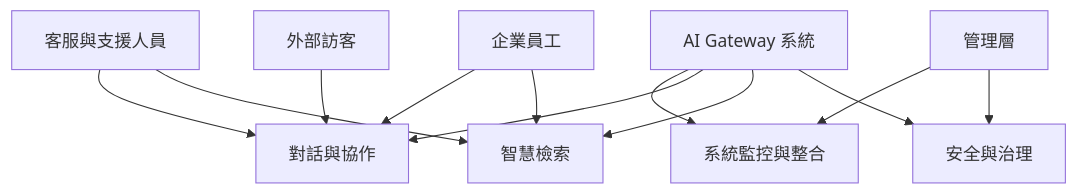
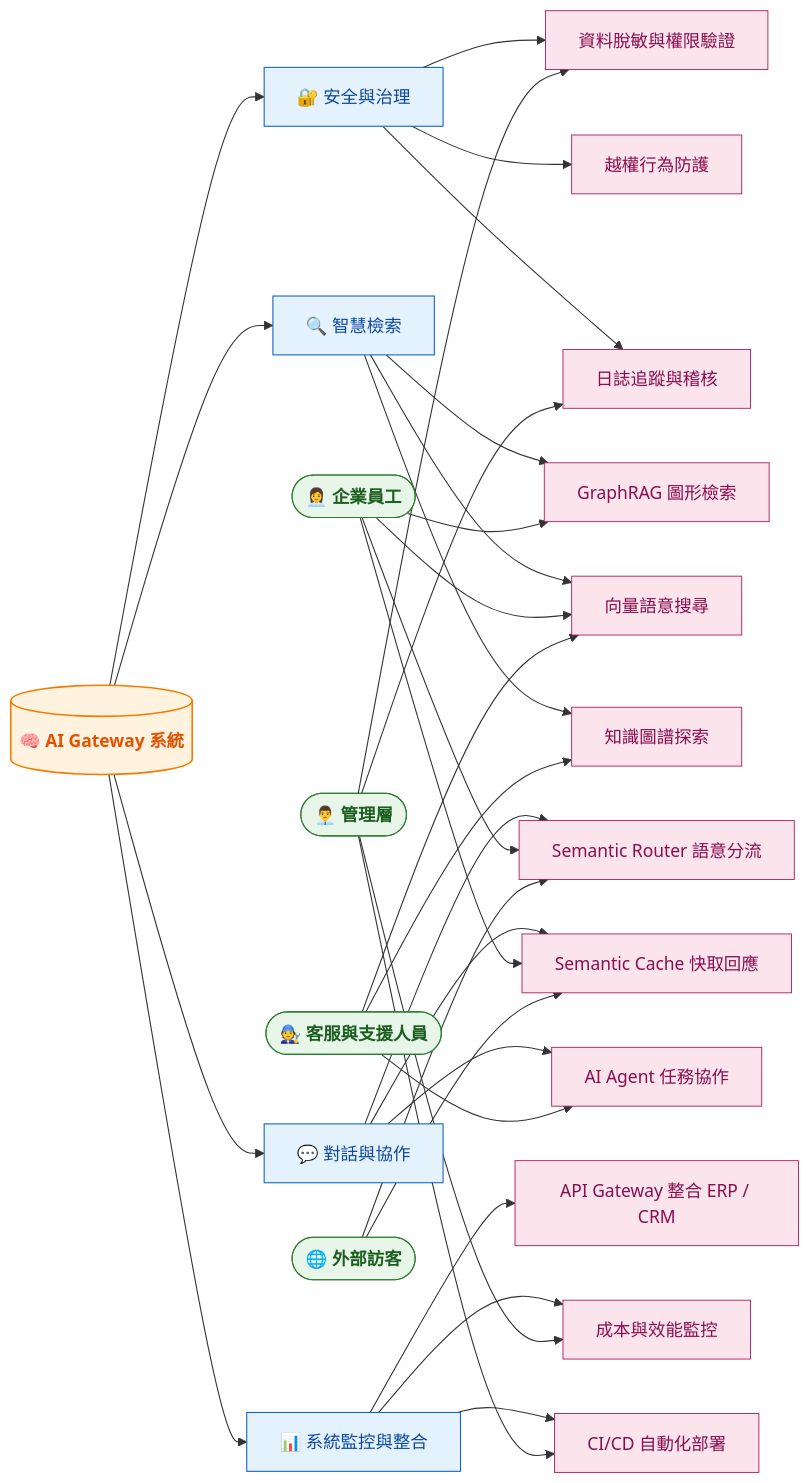
One commit to Reiyu01/TeamGroup changed the second of 2 diagrams in hw3.md. Above: the diagram before and after it, drawn with Mermaid.

````diff
--- a/hw3.md
+++ b/hw3.md
@@ -109,31 +109,72 @@
 ```mermaid
-graph TD
-    %% 使用者角色
-    U1[企業員工]
-    U2[客服與支援人員]
-    U3[管理層]
-    U4[外部訪客]
+graph LR
+    %% === 使用者角色 ===
+    U1([👩‍💼 企業員工])
+    U2([🧑‍🔧 客服與支援人員])
+    U3([👨‍💼 管理層])
+    U4([🌐 外部訪客])
 
-    %% 系統主體
-    S[AI Gateway 系統]
+    %% === 系統主體 ===
+    S[(🧠 AI Gateway 系統)]
 
-    %% 核心功能
-    S --> F1[安全與治理]
-    S --> F2[智慧檢索]
-    S --> F3[對話與協作]
-    S --> F4[系統監控與整合]
+    %% === 功能模組 ===
+    S --> F1[🔐 安全與治理]
+    S --> F2[🔍 智慧檢索]
+    S --> F3[💬 對話與協作]
+    S --> F4[📊 系統監控與整合]
 
-    %% 關聯線條
-    U1 --> F2
-    U1 --> F3
+    %% === 子用例 ===
+    %% 安全與治理
+    F1 --> A1[資料脫敏與權限驗證]
+    F1 --> A2[越權行為防護]
+    F1 --> A3[日誌追蹤與稽核]
 
-    U2 --> F2
-    U2 --> F3
+    %% 智慧檢索
+    F2 --> B1[GraphRAG 圖形檢索]
+    F2 --> B2[向量語意搜尋]
+    F2 --> B3[知識圖譜探索]
 
-    U3 --> F1
-    U3 --> F4
+    %% 對話與協作
+    F3 --> C1[Semantic Router 語意分流]
+    F3 --> C2[Semantic Cache 快取回應]
+    F3 --> C3[AI Agent 任務協作]
 
-    U4 --> F3
+    %% 系統監控與整合
+    F4 --> D1[API Gateway 整合 ERP / CRM]
+    F4 --> D2[成本與效能監控]
+    F4 --> D3[CI/CD 自動化部署]
 
+    %% === 使用者與功能互動 ===
+    %% 企業員工
+    U1 --> B1
+    U1 --> B2
+    U1 --> C1
+    U1 --> C2
+
+    %% 客服與支援人員
+    U2 --> B2
+    U2 --> B3
+    U2 --> C3
+
+    %% 管理層
+    U3 --> A1
+    U3 --> A3
+    U3 --> D2
+    U3 --> D3
+
+    %% 外部訪客
+    U4 --> C1
+    U4 --> C2
+
+    %% === 樣式設定 ===
+    classDef user fill:#E8F5E9,stroke:#2E7D32,stroke-width:1px,color:#1B5E20,font-weight:bold;
+    classDef system fill:#FFF3E0,stroke:#F57C00,stroke-width:1.5px,color:#E65100,font-weight:bold;
+    classDef module fill:#E3F2FD,stroke:#1565C0,stroke-width:1px,color:#0D47A1;
+    classDef case fill:#FCE4EC,stroke:#AD1457,stroke-width:0.8px,color:#880E4F;
+
+    class U1,U2,U3,U4 user;
+    class S system;
+    class F1,F2,F3,F4 module;
+    class A1,A2,A3,B1,B2,B3,C1,C2,C3,D1,D2,D3 case;
 
 ```
````
